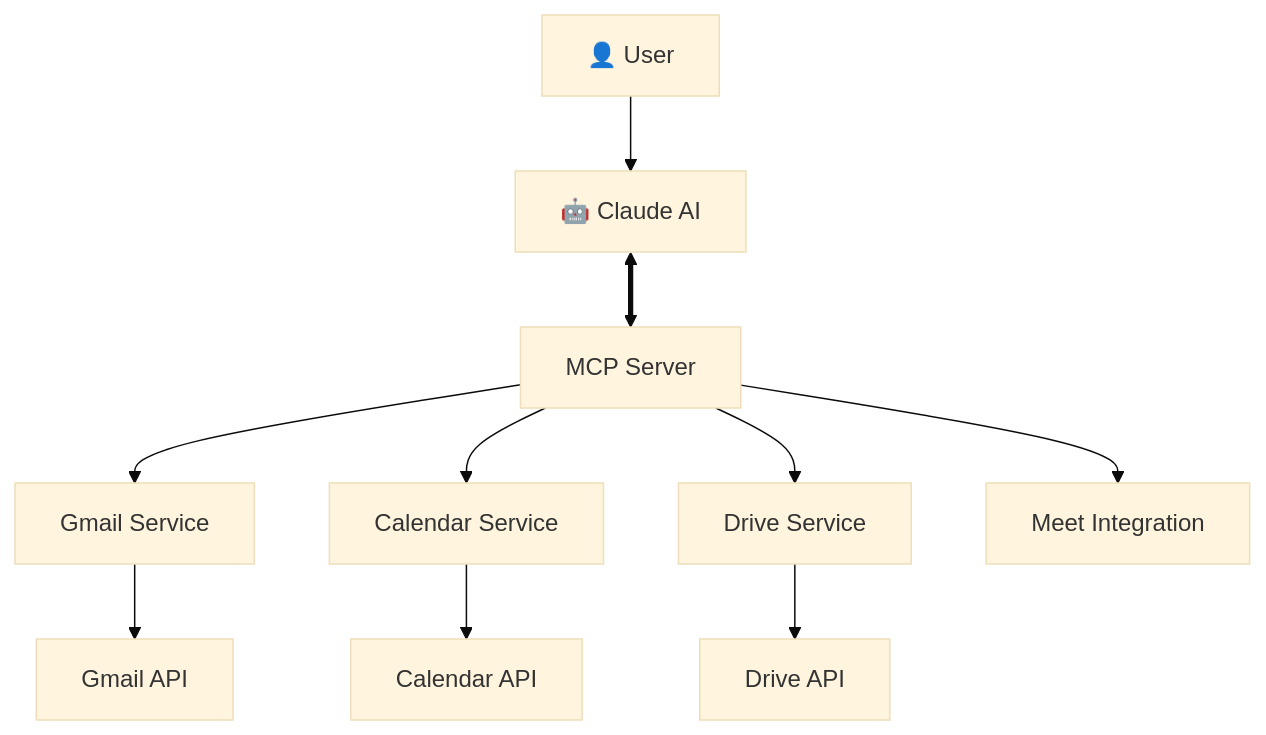
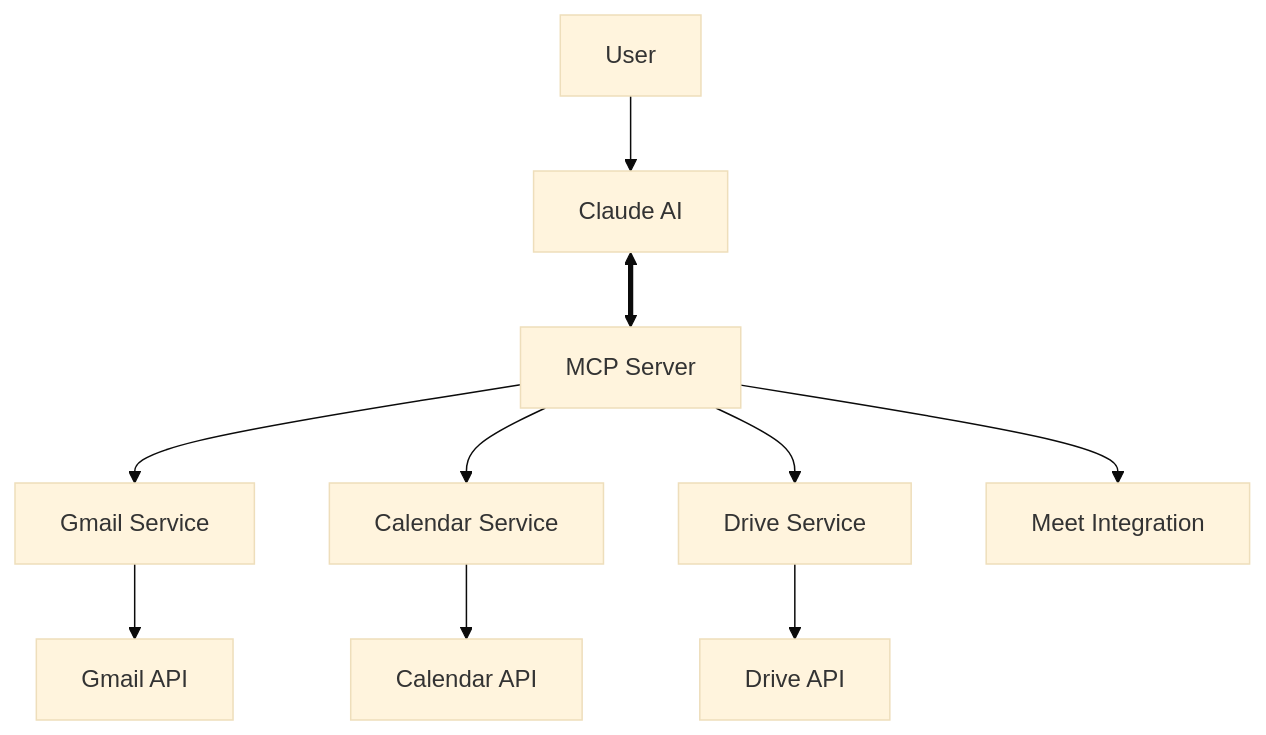
Before and after one commit to SmitPatel-31/gmail-drive-mcp-server: the diagram in README.md, drawn with Mermaid (base theme). The commit also changed other lines of this file, not shown here.

````diff
--- a/README.md
+++ b/README.md
@@ -52,13 +52,13 @@
 ```mermaid
 graph TB
-    User[👤 User] --> Claude[🤖 Claude AI]
+    User[User] --> Claude[Claude AI]
     Claude <==> MCP[MCP Server]
     MCP --> Gmail[Gmail Service]
     MCP --> Calendar[Calendar Service] 
     MCP --> Drive[Drive Service]
     MCP --> Meet[Meet Integration]
     
     Gmail --> GmailAPI[Gmail API]
     Calendar --> CalendarAPI[Calendar API]
     Drive --> DriveAPI[Drive API]
 ```
````
